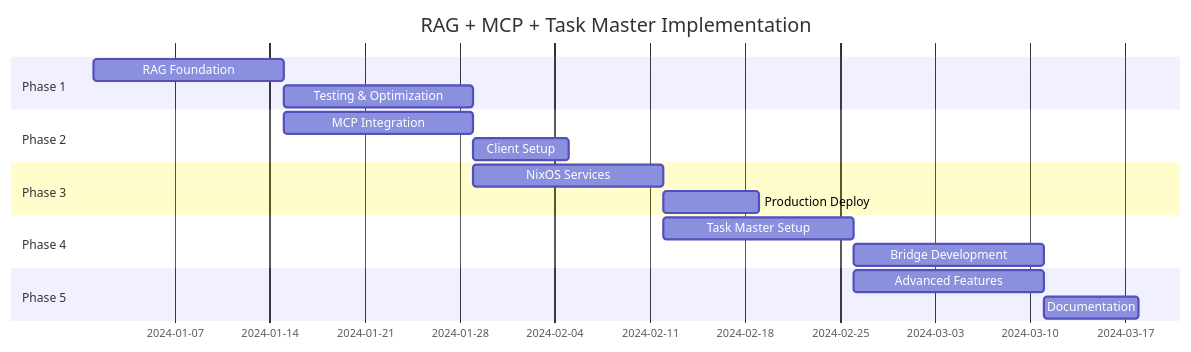
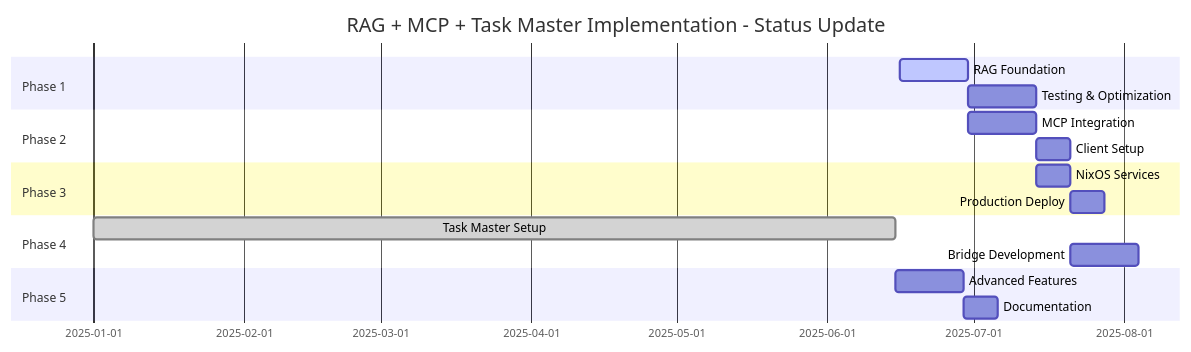
Before and after one commit to geokkjer/Home-lab: the second of 2 diagrams in packages/RAG-MCP-TaskMaster-Roadmap.md, drawn with Mermaid. The commit also changed other lines of this file and 2 other files, not shown here.

Commit message:
Some research into building a RAG

````diff
--- a/packages/RAG-MCP-TaskMaster-Roadmap.md
+++ b/packages/RAG-MCP-TaskMaster-Roadmap.md
@@ -357,20 +465,20 @@
 ```mermaid
 gantt
-    title RAG + MCP + Task Master Implementation
+    title RAG + MCP + Task Master Implementation - Status Update
     dateFormat  YYYY-MM-DD
     section Phase 1
-    RAG Foundation     :p1, 2024-01-01, 14d
+    RAG Foundation     :active, p1, 2025-06-16, 14d
     Testing & Optimization :14d
     section Phase 2
     MCP Integration    :p2, after p1, 14d
     Client Setup       :7d
     section Phase 3
-    NixOS Services     :p3, after p2, 14d
+    NixOS Services     :p3, after p2, 7d
     Production Deploy  :7d
     section Phase 4
-    Task Master Setup  :p4, after p3, 14d
-    Bridge Development :14d
+    Task Master Setup  :done, p4, 2025-01-01, 2025-06-15
+    Bridge Development :after p3, 14d
     section Phase 5
     Advanced Features  :p5, after p4, 14d
     Documentation      :7d
 ```
````
